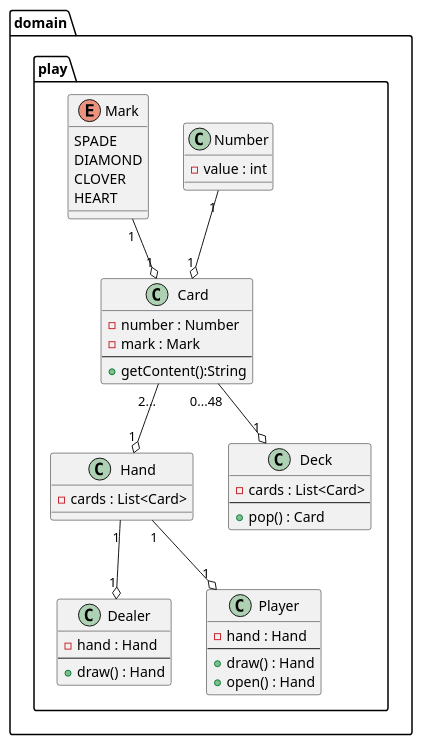
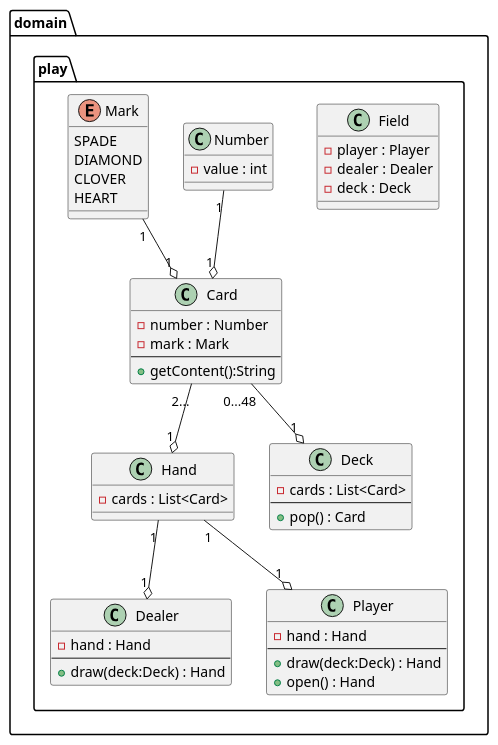
The diagram in lecture/src/uml/play-class.puml (KazukiOtomo/sample), drawn with PlantUML before and after one commit. The commit also changed 13 other files, not shown here.

```diff
--- a/lecture/src/uml/play-class.puml
+++ b/lecture/src/uml/play-class.puml
@@ -1,58 +1,63 @@
 @startuml
 'https://plantuml.com/sequence-diagram
 
 skinparam defaultFontName Cica
 
 package domain.play {
+    class Field{
+        -player : Player
+        -dealer : Dealer
+        -deck : Deck
+    }
 
     class Dealer {
         -hand : Hand
         --
-        +draw() : Hand
+        +draw(deck:Deck) : Hand
     }
 
     class Player {
         -hand : Hand
         --
-        +draw() : Hand
+        +draw(deck:Deck) : Hand
         +open() : Hand
     }
 
     class Hand {
         -cards : List<Card>
     }
 
     class Card {
         -number : Number
         -mark : Mark
         --
         +getContent():String
     }
 
     Hand "1" --o "1" Player
     Hand "1" --o "1" Dealer
     Card "2..." --o "1" Hand
 
     class Number {
         -value : int
     }
 
     enum Mark {
         SPADE
         DIAMOND
         CLOVER
         HEART
     }
 
     Mark "1" --o "1" Card
     Number "1" --o "1" Card
 
     class Deck {
         -cards : List<Card>
         --
         +pop() : Card
     }
 
     Card "0...48" --o "1" Deck
 }
 @enduml
```
